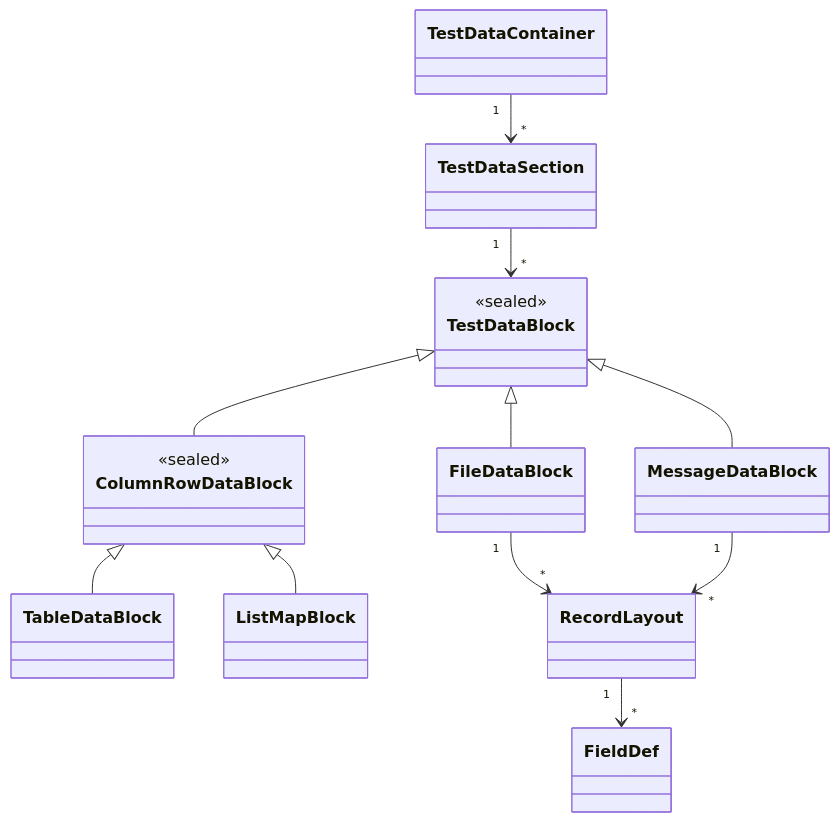
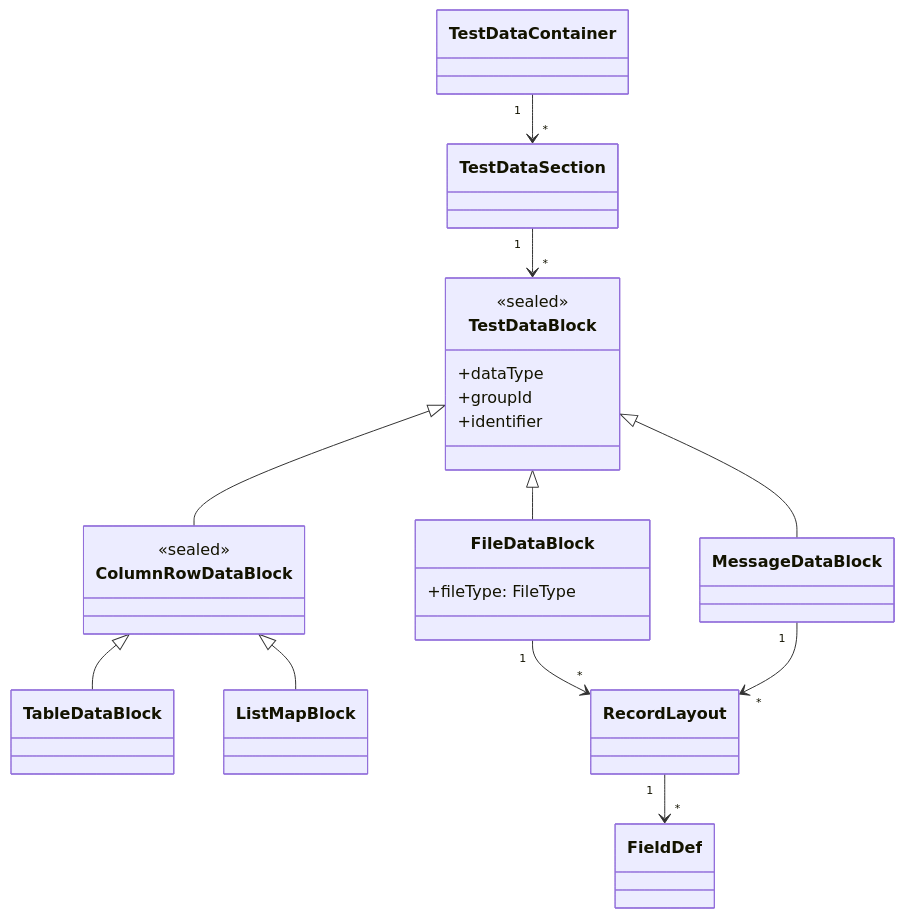
The second of 5 diagrams in docs/pr75/docs/testdata-converter-design.md (nablarch/nablarch-testing), drawn with Mermaid before and after one commit. The commit also changed other lines of this file and 3 other files, not shown here.

````diff
--- a/docs/pr75/docs/testdata-converter-design.md
+++ b/docs/pr75/docs/testdata-converter-design.md
@@ -180,28 +178,33 @@
 ```mermaid
 classDiagram
 direction TB
 class TestDataContainer
 class TestDataSection
 class TestDataBlock {
   <<sealed>>
+  +dataType
+  +groupId
+  +identifier
 }
-class FileDataBlock
+class FileDataBlock {
+  +fileType: FileType
+}
 class ColumnRowDataBlock {
   <<sealed>>
 }
 class TableDataBlock
 class ListMapBlock
 class MessageDataBlock
 class RecordLayout
 class FieldDef
 TestDataContainer "1" --> "*" TestDataSection
 TestDataSection "1" --> "*" TestDataBlock
 TestDataBlock <|-- FileDataBlock
 TestDataBlock <|-- ColumnRowDataBlock
 TestDataBlock <|-- MessageDataBlock
 ColumnRowDataBlock <|-- TableDataBlock
 ColumnRowDataBlock <|-- ListMapBlock
 FileDataBlock "1" --> "*" RecordLayout
 MessageDataBlock "1" --> "*" RecordLayout
 RecordLayout "1" --> "*" FieldDef
 ```
````
